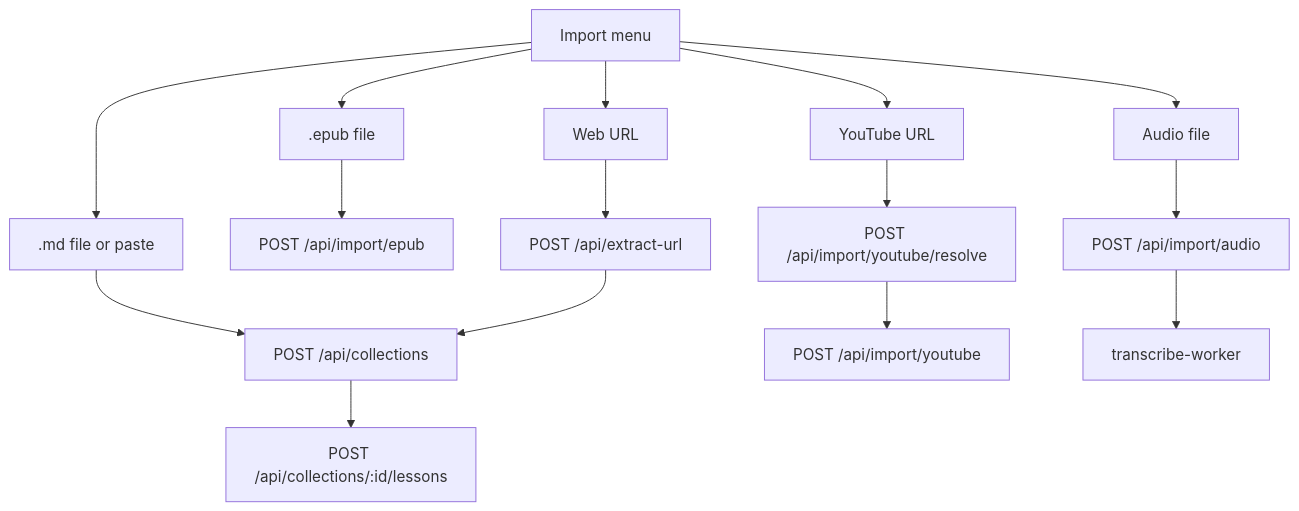
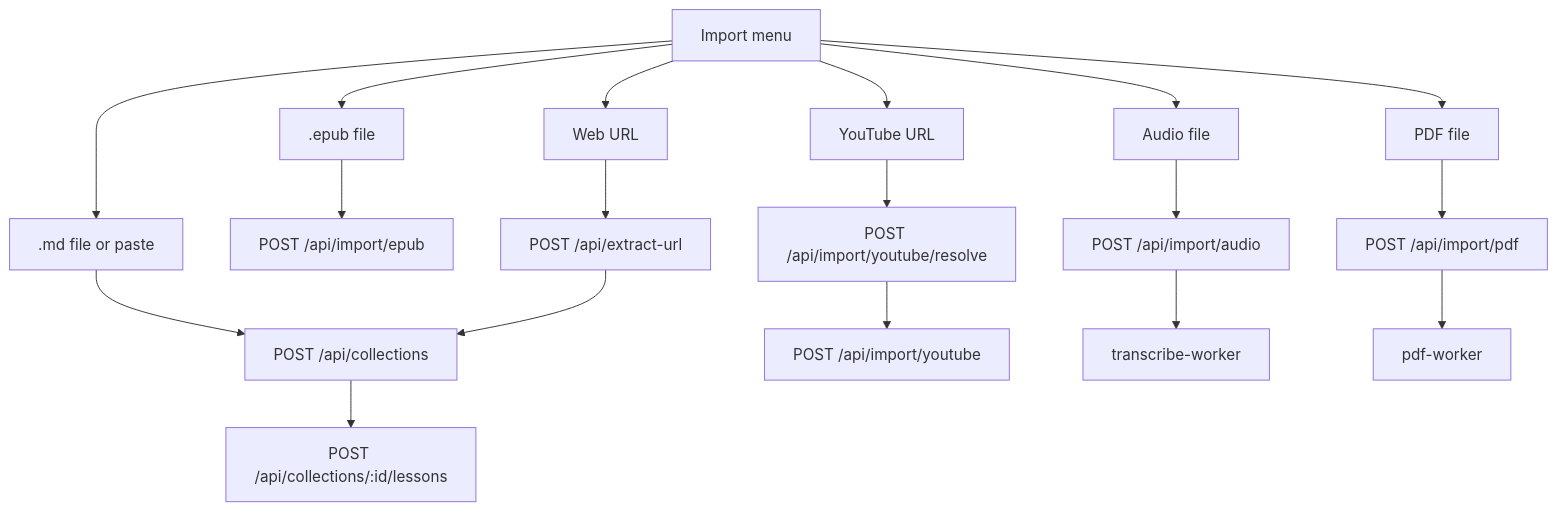
One commit to fharb/lector changed the second of 2 diagrams in docs/flows/library.md. Above: the diagram before and after it, drawn with Mermaid. The commit also changed other lines of this file and 54 other files, not shown here.

First line of the commit message:
feat(pdf): import PDFs and read them as pages or as text

````diff
--- a/docs/flows/library.md
+++ b/docs/flows/library.md
@@ -119,17 +120,20 @@
 ```mermaid
 flowchart TD
   menu[Import menu] --> epub[".epub file"]
   menu --> md[".md file or paste"]
   menu --> url[Web URL]
   menu --> yt[YouTube URL]
   menu --> audio[Audio file]
+  menu --> pdf[PDF file]
   epub --> epubApi["POST /api/import/epub"]
   md --> coll["POST /api/collections"]
   coll --> lesson["POST /api/collections/:id/lessons"]
   url --> extract["POST /api/extract-url"]
   extract --> coll
   yt --> resolve["POST /api/import/youtube/resolve"]
   resolve --> importYt["POST /api/import/youtube"]
   audio --> audioApi["POST /api/import/audio"]
   audioApi --> worker[transcribe-worker]
+  pdf --> pdfApi["POST /api/import/pdf"]
+  pdfApi --> pdfWorker[pdf-worker]
 ```
````
